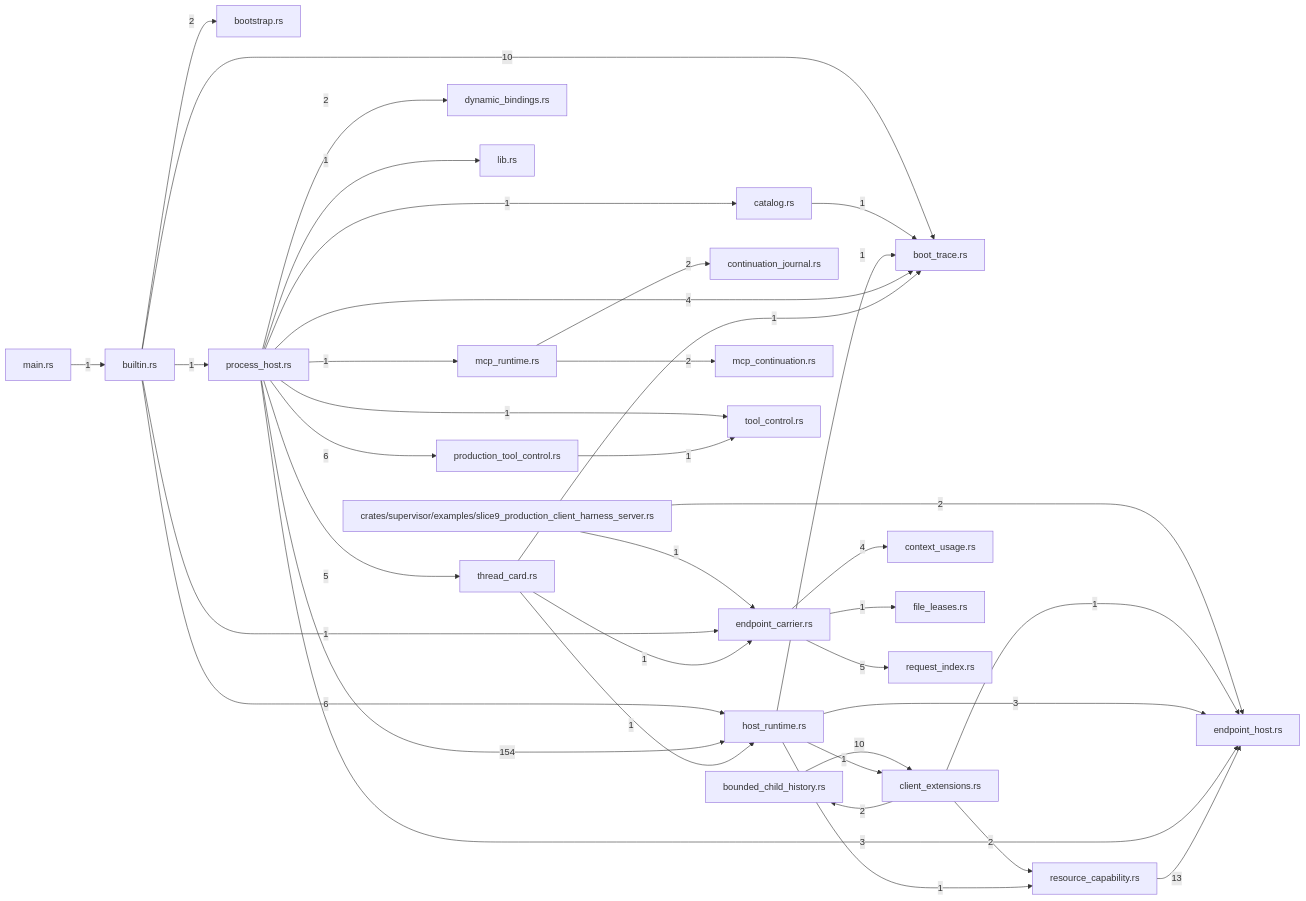
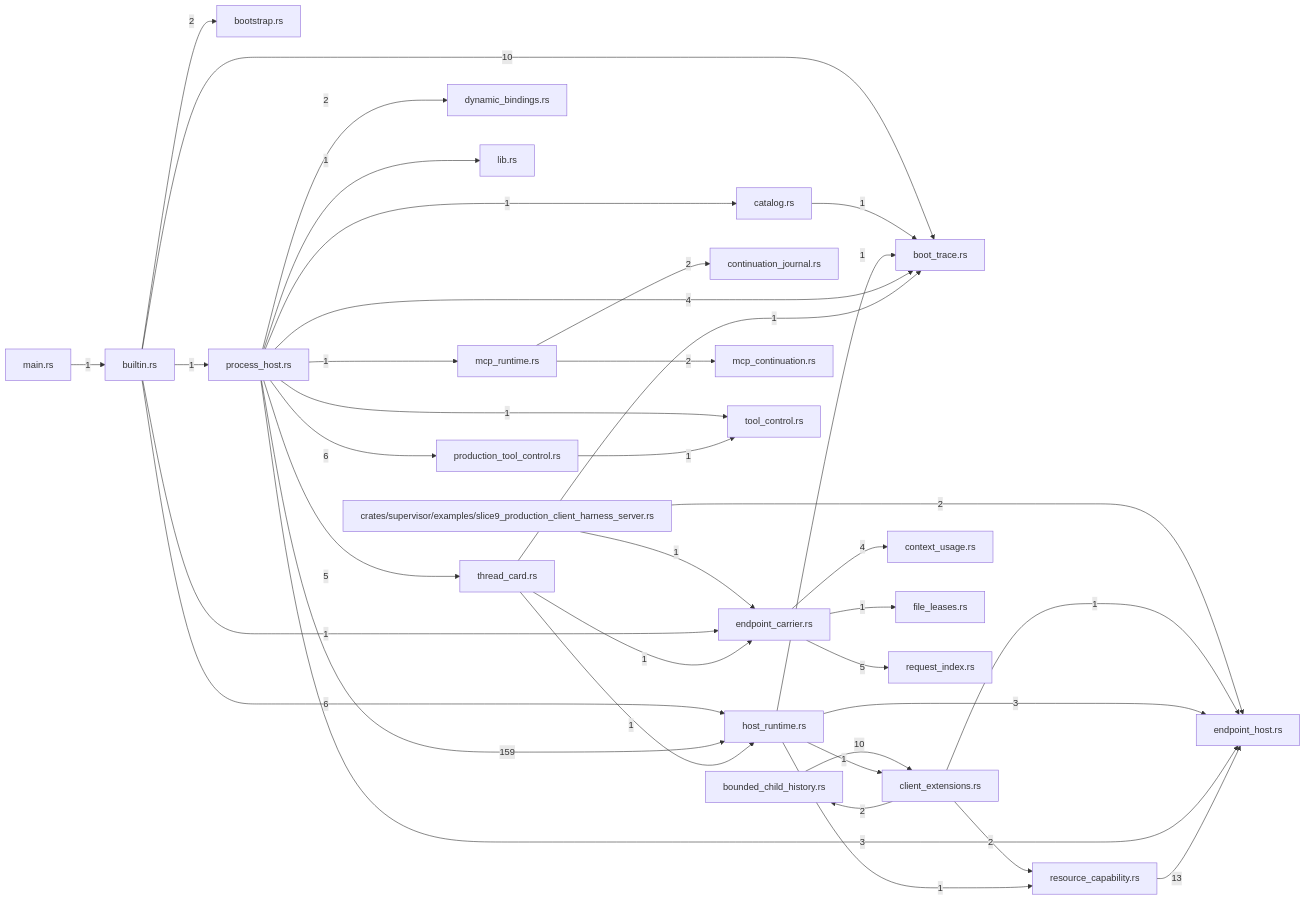
Before and after one commit to TekesApps/TekesKernel: the diagram in crates/supervisor/docs/generated/index.md, drawn with Mermaid. The commit also changed other lines of this file and 25 other files, not shown here.

````diff
--- a/crates/supervisor/docs/generated/index.md
+++ b/crates/supervisor/docs/generated/index.md
@@ -96,64 +96,64 @@
 ```mermaid
 flowchart LR
   m0["crates/supervisor/examples/slice9_production_client_harness_server.rs"]
   m1["boot_trace.rs"]
   m2["bootstrap.rs"]
   m3["bounded_child_history.rs"]
   m4["builtin.rs"]
   m5["catalog.rs"]
   m6["client_extensions.rs"]
   m7["context_usage.rs"]
   m8["continuation_journal.rs"]
   m9["dynamic_bindings.rs"]
   m10["endpoint_carrier.rs"]
   m11["endpoint_host.rs"]
   m12["file_leases.rs"]
   m13["host_runtime.rs"]
   m14["lib.rs"]
   m15["main.rs"]
   m16["mcp_continuation.rs"]
   m17["mcp_runtime.rs"]
   m18["process_host.rs"]
   m19["production_tool_control.rs"]
   m20["request_index.rs"]
   m21["resource_capability.rs"]
   m22["thread_card.rs"]
   m23["tool_control.rs"]
   m0 -->|"1"| m10
   m0 -->|"2"| m11
   m3 -->|"10"| m6
   m4 -->|"10"| m1
   m4 -->|"2"| m2
   m4 -->|"1"| m10
   m4 -->|"6"| m13
   m4 -->|"1"| m18
   m5 -->|"1"| m1
   m6 -->|"2"| m3
   m6 -->|"1"| m11
   m6 -->|"2"| m21
   m10 -->|"4"| m7
   m10 -->|"1"| m12
   m10 -->|"5"| m20
   m13 -->|"1"| m1
   m13 -->|"1"| m6
   m13 -->|"3"| m11
   m13 -->|"1"| m21
   m15 -->|"1"| m4
   m17 -->|"2"| m8
   m17 -->|"2"| m16
   m18 -->|"4"| m1
   m18 -->|"1"| m5
   m18 -->|"2"| m9
   m18 -->|"3"| m11
-  m18 -->|"154"| m13
+  m18 -->|"159"| m13
   m18 -->|"1"| m14
   m18 -->|"1"| m17
   m18 -->|"6"| m19
   m18 -->|"5"| m22
   m18 -->|"1"| m23
   m19 -->|"1"| m23
   m21 -->|"13"| m11
   m22 -->|"1"| m1
   m22 -->|"1"| m10
   m22 -->|"1"| m13
 ```
````
